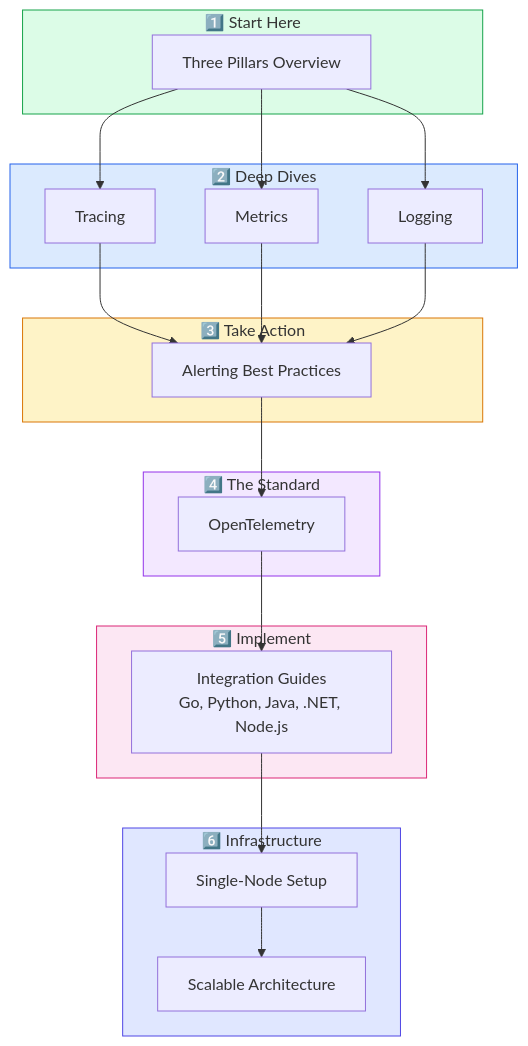
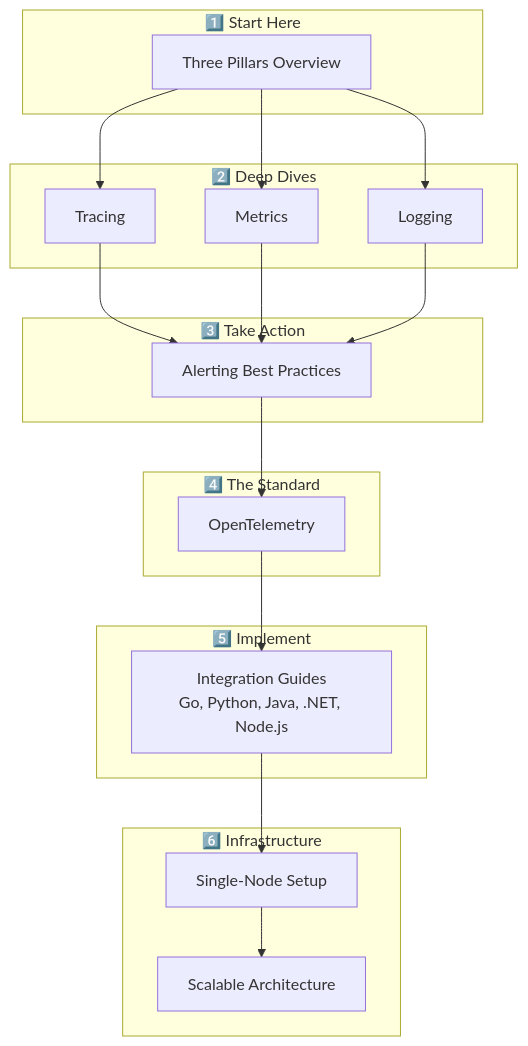
One commit to shivam-g-mishra/blog changed the second of 2 diagrams in docs/observability/introduction.md. Above: the diagram before and after it, drawn with Mermaid. The commit also changed other lines of this file and 23 other files, not shown here.

First line of the commit message:
fix: improve Mermaid diagram visibility in dark mode

````diff
--- a/docs/observability/introduction.md
+++ b/docs/observability/introduction.md
@@ -144,47 +140,40 @@
 ```mermaid
 flowchart TB
     subgraph start["1️⃣ Start Here"]
         pillars["Three Pillars Overview"]
     end
     
     subgraph deep["2️⃣ Deep Dives"]
         tracing["Tracing"]
         metrics["Metrics"]
         logging["Logging"]
     end
     
     subgraph action["3️⃣ Take Action"]
         alerting["Alerting Best Practices"]
     end
     
     subgraph standard["4️⃣ The Standard"]
         otel["OpenTelemetry"]
     end
     
     subgraph implement["5️⃣ Implement"]
         guides["Integration Guides<br/>Go, Python, Java, .NET, Node.js"]
     end
     
     subgraph infra["6️⃣ Infrastructure"]
         single["Single-Node Setup"]
         scale["Scalable Architecture"]
     end
     
     pillars --> tracing
     pillars --> metrics
     pillars --> logging
     tracing --> alerting
     metrics --> alerting
     logging --> alerting
     alerting --> otel
     otel --> guides
     guides --> single
     single --> scale
-    
-    style start fill:#dcfce7,stroke:#16a34a
-    style deep fill:#dbeafe,stroke:#2563eb
-    style action fill:#fef3c7,stroke:#d97706
-    style standard fill:#f3e8ff,stroke:#9333ea
-    style implement fill:#fce7f3,stroke:#db2777
-    style infra fill:#e0e7ff,stroke:#4f46e5
 ```
````
